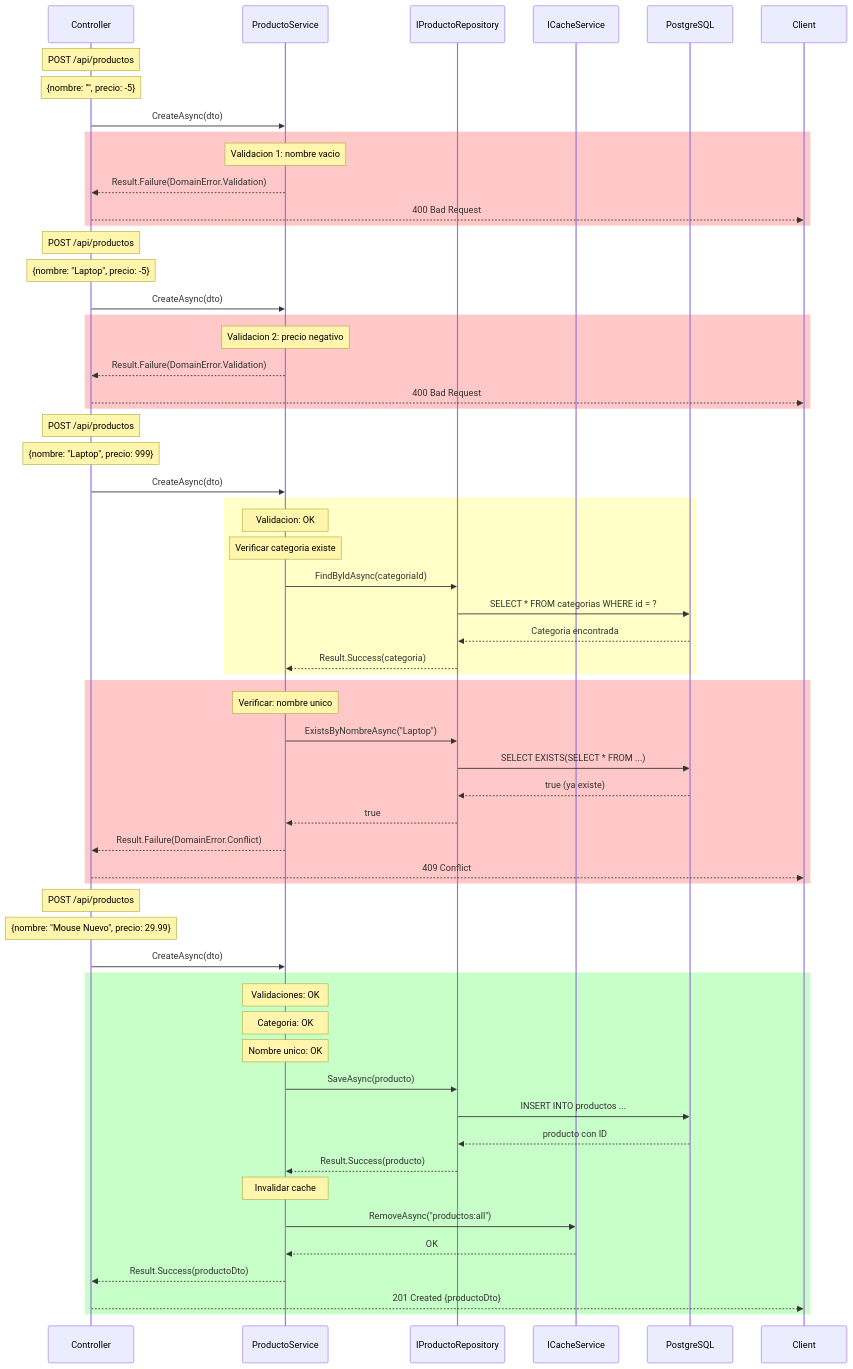
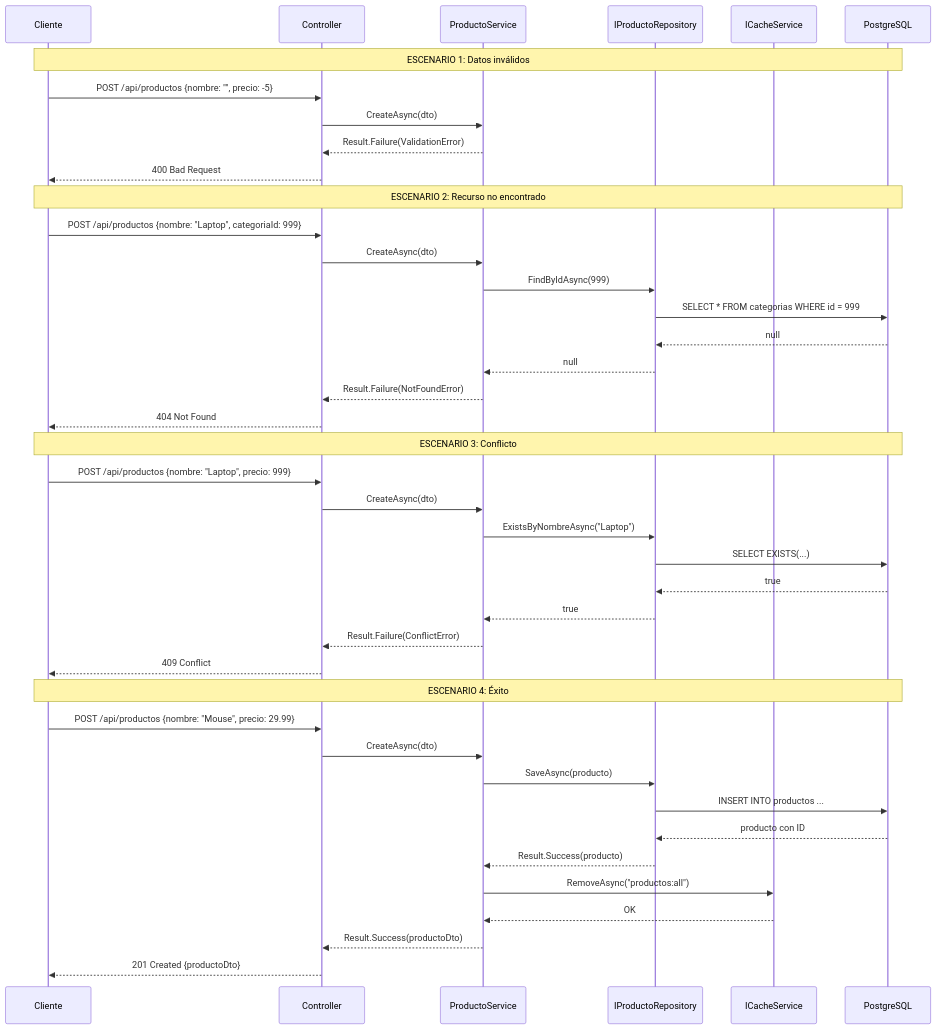
One commit to joseluisgs/TiendaDawApi-NetCore changed the first of 9 diagrams in doc/06-patron-result.md. Above: the diagram before and after it, drawn with Mermaid. The commit also changed other lines of this file and 27 other files, not shown here.

````diff
--- a/doc/06-patron-result.md
+++ b/doc/06-patron-result.md
@@ -112,76 +110,47 @@
 ```mermaid
 sequenceDiagram
+    participant Client as Cliente
     participant Ctrl as Controller
     participant Svc as ProductoService
     participant Repo as IProductoRepository
     participant Cache as ICacheService
     participant DB as PostgreSQL
 
-    Note over Ctrl: POST /api/productos
-    Note over Ctrl: {nombre: "", precio: -5}
+    Note over Client,DB: ESCENARIO 1: Datos inválidos
+    Client->>Ctrl: POST /api/productos {nombre: "", precio: -5}
+    Ctrl->>Svc: CreateAsync(dto)
+    Svc-->>Ctrl: Result.Failure(ValidationError)
+    Ctrl-->>Client: 400 Bad Request
 
+    Note over Client,DB: ESCENARIO 2: Recurso no encontrado
+    Client->>Ctrl: POST /api/productos {nombre: "Laptop", categoriaId: 999}
     Ctrl->>Svc: CreateAsync(dto)
-    
-    rect rgb(255, 200, 200)
-    Note over Svc: Validacion 1: nombre vacio
-    Svc-->>Ctrl: Result.Failure(DomainError.Validation)
-    Ctrl-->>Client: 400 Bad Request
-    end
+    Svc->>Repo: FindByIdAsync(999)
+    Repo->>DB: SELECT * FROM categorias WHERE id = 999
+    DB-->>Repo: null
+    Repo-->>Svc: null
+    Svc-->>Ctrl: Result.Failure(NotFoundError)
+    Ctrl-->>Client: 404 Not Found
 
-    Note over Ctrl: POST /api/productos
-    Note over Ctrl: {nombre: "Laptop", precio: -5}
+    Note over Client,DB: ESCENARIO 3: Conflicto
+    Client->>Ctrl: POST /api/productos {nombre: "Laptop", precio: 999}
+    Ctrl->>Svc: CreateAsync(dto)
+    Svc->>Repo: ExistsByNombreAsync("Laptop")
+    Repo->>DB: SELECT EXISTS(...)
+    DB-->>Repo: true
+    Repo-->>Svc: true
+    Svc-->>Ctrl: Result.Failure(ConflictError)
+    Ctrl-->>Client: 409 Conflict
 
+    Note over Client,DB: ESCENARIO 4: Éxito
+    Client->>Ctrl: POST /api/productos {nombre: "Mouse", precio: 29.99}
     Ctrl->>Svc: CreateAsync(dto)
-    
-    rect rgb(255, 200, 200)
-    Note over Svc: Validacion 2: precio negativo
-    Svc-->>Ctrl: Result.Failure(DomainError.Validation)
-    Ctrl-->>Client: 400 Bad Request
-    end
-
-    Note over Ctrl: POST /api/productos
-    Note over Ctrl: {nombre: "Laptop", precio: 999}
-
-    Ctrl->>Svc: CreateAsync(dto)
-    
-    rect rgb(255, 255, 200)
-    Note over Svc: Validacion: OK
-    Note over Svc: Verificar categoria existe
-    Svc->>Repo: FindByIdAsync(categoriaId)
-    Repo->>DB: SELECT * FROM categorias WHERE id = ?
-    DB-->>Repo: Categoria encontrada
-    Repo-->>Svc: Result.Success(categoria)
-    end
-
-    rect rgb(255, 200, 200)
-    Note over Svc: Verificar: nombre unico
-    Svc->>Repo: ExistsByNombreAsync("Laptop")
-    Repo->>DB: SELECT EXISTS(SELECT * FROM ...)
-    DB-->>Repo: true (ya existe)
-    Repo-->>Svc: true
-    Svc-->>Ctrl: Result.Failure(DomainError.Conflict)
-    Ctrl-->>Client: 409 Conflict
-    end
-
-    Note over Ctrl: POST /api/productos
-    Note over Ctrl: {nombre: "Mouse Nuevo", precio: 29.99}
-
-    Ctrl->>Svc: CreateAsync(dto)
-    
-    rect rgb(200, 255, 200)
-    Note over Svc: Validaciones: OK
-    Note over Svc: Categoria: OK
-    Note over Svc: Nombre unico: OK
     Svc->>Repo: SaveAsync(producto)
     Repo->>DB: INSERT INTO productos ...
     DB-->>Repo: producto con ID
     Repo-->>Svc: Result.Success(producto)
-    
-    Note over Svc: Invalidar cache
     Svc->>Cache: RemoveAsync("productos:all")
     Cache-->>Svc: OK
-    
     Svc-->>Ctrl: Result.Success(productoDto)
     Ctrl-->>Client: 201 Created {productoDto}
-    end
 ```
````
